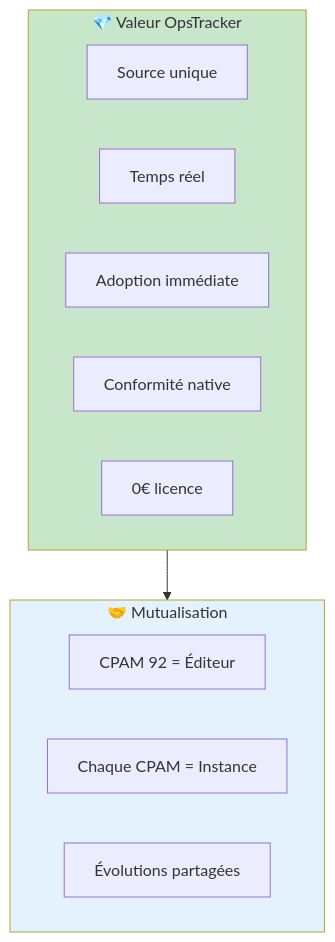
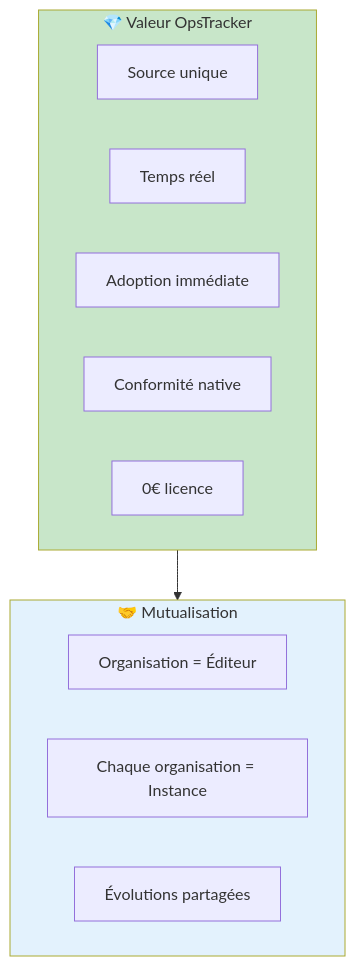
Before and after one commit to ElegAlex/OPSTRACKER: diagram 36 of 36 in COMITOLOGIE/Présentation.md, drawn with Mermaid. The commit also changed other lines of this file and 47 other files, not shown here.

````diff
--- a/COMITOLOGIE/Présentation.md
+++ b/COMITOLOGIE/Présentation.md
@@ -1064,21 +1064,21 @@
 ```mermaid
 flowchart TB
     subgraph Valeur["💎 Valeur OpsTracker"]
         V1["Source unique"]
         V2["Temps réel"]
         V3["Adoption immédiate"]
         V4["Conformité native"]
         V5["0€ licence"]
     end
     
     subgraph Modele["🤝 Mutualisation"]
-        M1["CPAM 92 = Éditeur"]
-        M2["Chaque CPAM = Instance"]
+        M1["Organisation = Éditeur"]
+        M2["Chaque organisation = Instance"]
         M3["Évolutions partagées"]
     end
     
     Valeur --> Modele
     
     style Valeur fill:#c8e6c9
     style Modele fill:#e3f2fd
 ```
````
